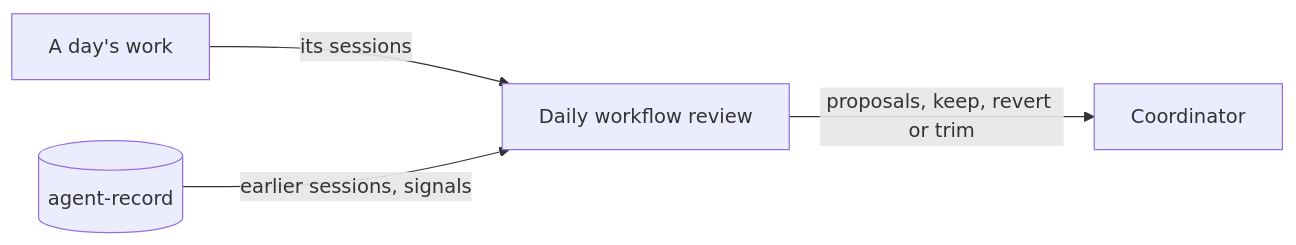
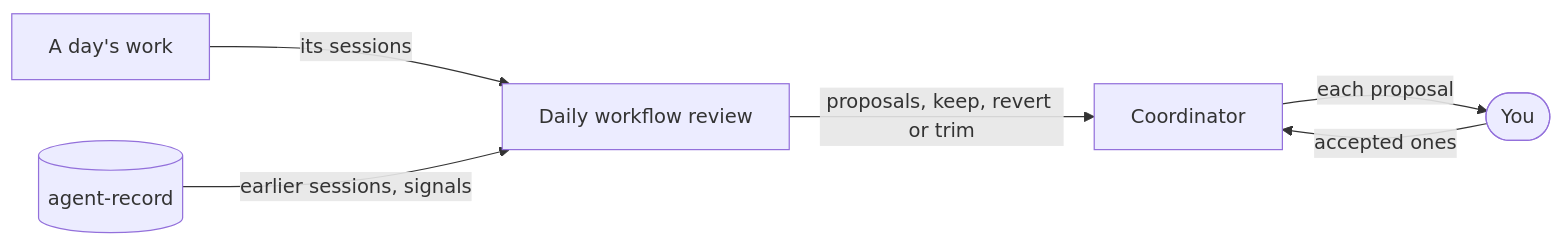
The third of 3 diagrams in docs/loops.md (cniska/agent-skills), drawn with Mermaid before and after one commit. The commit also changed other lines of this file and 4 other files, not shown here.

````diff
--- a/docs/loops.md
+++ b/docs/loops.md
@@ -66,6 +66,8 @@
 ```mermaid
 flowchart LR
   day["A day's work"] -- "its sessions" --> review["Daily workflow review"]
   rec[("agent-record")] -- "earlier sessions, signals" --> review
   review -- "proposals, keep, revert or trim" --> lead["Coordinator"]
+  lead -- "each proposal" --> you(["You"])
+  you -- "accepted ones" --> lead
 ```
````
